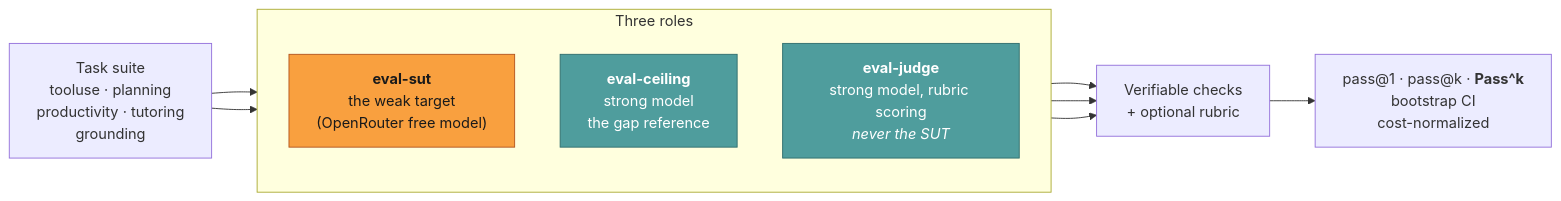
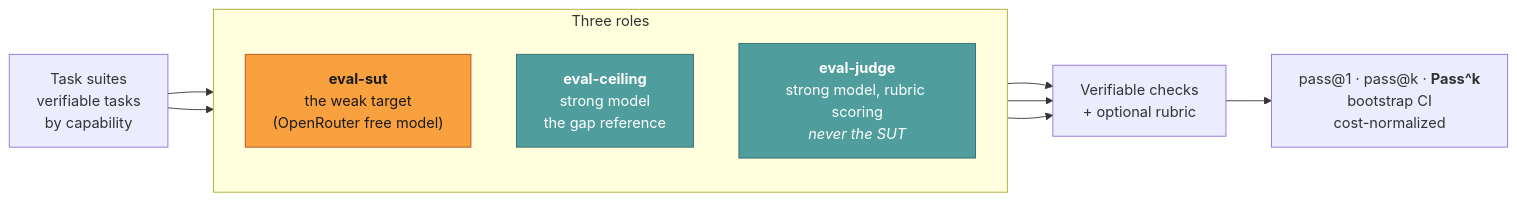
The diagram in docs/maintainers/testing-and-evals.md (lvndry/jazz), drawn with Mermaid before and after one commit. The commit also changed 7 other files, not shown here.

````diff
--- a/docs/maintainers/testing-and-evals.md
+++ b/docs/maintainers/testing-and-evals.md
@@ -29,23 +29,23 @@
 ```mermaid
 flowchart LR
     subgraph configs["Three roles"]
         direction TB
         SUT["<b>eval-sut</b><br/>the weak target<br/>(OpenRouter free model)"]
         CEIL["<b>eval-ceiling</b><br/>strong model<br/>the gap reference"]
         JUDGE["<b>eval-judge</b><br/>strong model, rubric scoring<br/><i>never the SUT</i>"]
     end
 
-    TASKS["Task suite<br/>tooluse · planning<br/>productivity · tutoring<br/>grounding"]
+    TASKS["Task suites<br/>verifiable tasks<br/>by capability"]
 
     TASKS --> SUT
     TASKS --> CEIL
     SUT --> CHECK["Verifiable checks<br/>+ optional rubric"]
     CEIL --> CHECK
     JUDGE --> CHECK
     CHECK --> METRICS["pass@1 · pass@k · <b>Pass^k</b><br/>bootstrap CI<br/>cost-normalized"]
 
     classDef weak fill:#f9a03f,stroke:#b3541e,color:#1a1a1a
     classDef strong fill:#4f9d9d,stroke:#2f6d6d,color:#ffffff
     class SUT weak
     class CEIL,JUDGE strong
 ```
````
